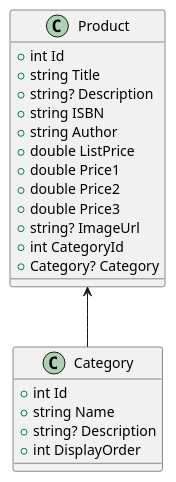
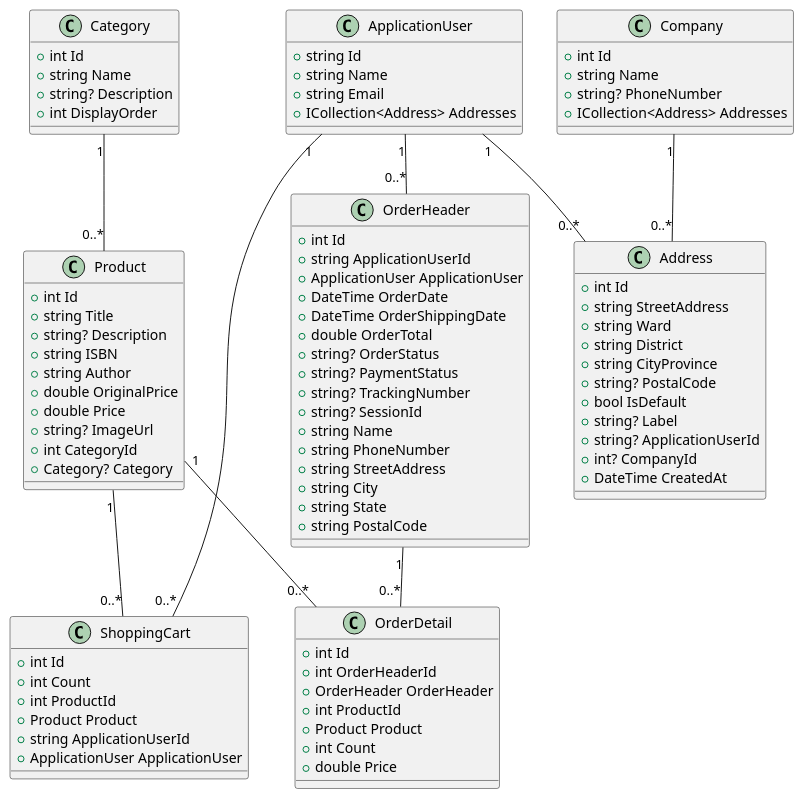
Before and after one commit to longhuynhdev/Hachiko: the diagram in docfx_project/articles/class-diagram.md, drawn with PlantUML. The commit also changed 7 other files, not shown here.

````diff
--- a/docfx_project/articles/class-diagram.md
+++ b/docfx_project/articles/class-diagram.md
@@ -2,20 +2,5 @@
 ```plantuml
 @startuml
-
-class Product {
-    +int Id
-    +string Title
-    +string? Description
-    +string ISBN
-    +string Author
-    +double ListPrice
-    +double Price1
-    +double Price2
-    +double Price3
-    +string? ImageUrl
-    +int CategoryId
-    +Category? Category
-}
 
 class Category {
     +int Id
@@ -24,7 +9,93 @@
     +int DisplayOrder
 }
 
-Product <-- Category
+class Product {
+    +int Id
+    +string Title
+    +string? Description
+    +string ISBN
+    +string Author
+    +double OriginalPrice
+    +double Price
+    +string? ImageUrl
+    +int CategoryId
+    +Category? Category
+}
+
+class ApplicationUser {
+    +string Id
+    +string Name
+    +string Email
+    +ICollection<Address> Addresses
+}
+
+class Company {
+    +int Id
+    +string Name
+    +string? PhoneNumber
+    +ICollection<Address> Addresses
+}
+
+class Address {
+    +int Id
+    +string StreetAddress
+    +string Ward
+    +string District
+    +string CityProvince
+    +string? PostalCode
+    +bool IsDefault
+    +string? Label
+    +string? ApplicationUserId
+    +int? CompanyId
+    +DateTime CreatedAt
+}
+
+class ShoppingCart {
+    +int Id
+    +int Count
+    +int ProductId
+    +Product Product
+    +string ApplicationUserId
+    +ApplicationUser ApplicationUser
+}
+
+class OrderHeader {
+    +int Id
+    +string ApplicationUserId
+    +ApplicationUser ApplicationUser
+    +DateTime OrderDate
+    +DateTime OrderShippingDate
+    +double OrderTotal
+    +string? OrderStatus
+    +string? PaymentStatus
+    +string? TrackingNumber
+    +string? SessionId
+    +string Name
+    +string PhoneNumber
+    +string StreetAddress
+    +string City
+    +string State
+    +string PostalCode
+}
+
+class OrderDetail {
+    +int Id
+    +int OrderHeaderId
+    +OrderHeader OrderHeader
+    +int ProductId
+    +Product Product
+    +int Count
+    +double Price
+}
+
+Category "1" -- "0..*" Product
+ApplicationUser "1" -- "0..*" Address
+Company "1" -- "0..*" Address
+ApplicationUser "1" -- "0..*" ShoppingCart
+Product "1" -- "0..*" ShoppingCart
+ApplicationUser "1" -- "0..*" OrderHeader
+OrderHeader "1" -- "0..*" OrderDetail
+Product "1" -- "0..*" OrderDetail
 
 @enduml
 ```
````
